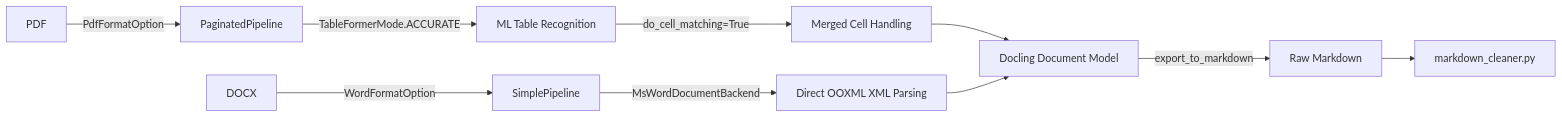
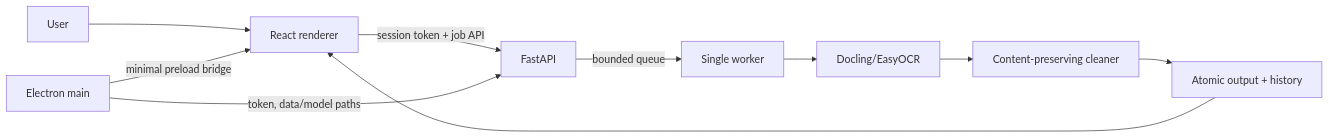
The first of 2 diagrams in .viepilot/ARCHITECTURE.md (danghoangsqtt-sys/dhsystem_mdconverter), drawn with Mermaid before and after one commit. The commit also changed other lines of this file and 6 other files, not shown here.

````diff
--- a/.viepilot/ARCHITECTURE.md
+++ b/.viepilot/ARCHITECTURE.md
@@ -47,14 +7,12 @@
 ```mermaid
-graph LR
-    PDF -->|PdfFormatOption| PDFPipeline[PaginatedPipeline]
-    PDFPipeline -->|TableFormerMode.ACCURATE| TableML[ML Table Recognition]
-    TableML -->|do_cell_matching=True| MergedCells[Merged Cell Handling]
-
-    DOCX -->|WordFormatOption| DOCXPipeline[SimplePipeline]
-    DOCXPipeline -->|MsWordDocumentBackend| OOXML[Direct OOXML XML Parsing]
-
-    MergedCells --> Document[Docling Document Model]
-    OOXML --> Document
-    Document -->|export_to_markdown| RawMarkdown[Raw Markdown]
-    RawMarkdown --> Cleaner[markdown_cleaner.py]
+flowchart LR
+    U[User] --> R[React renderer]
+    R -->|session token + job API| A[FastAPI]
+    A -->|bounded queue| Q[Single worker]
+    Q --> D[Docling/EasyOCR]
+    D --> C[Content-preserving cleaner]
+    C --> S[Atomic output + history]
+    S --> R
+    E[Electron main] -->|token, data/model paths| A
+    E -->|minimal preload bridge| R
 ```
````
